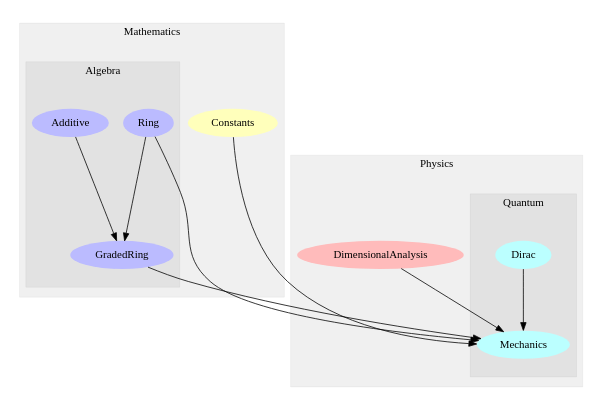
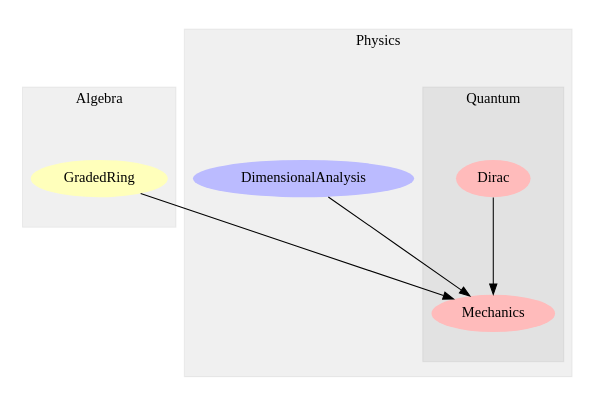
The diagram in Modules.dot (wi11dey/Physikell), drawn with Graphviz before and after one commit. The commit also changed 1 other file, not shown here.

```diff
--- a/Modules.dot
+++ b/Modules.dot
@@ -1,59 +1,38 @@
 digraph G {
     graph [size="6,4"];
     graph [ratio=fill];
     subgraph cluster_0 {
-        graph [label=Mathematics];
+        graph [label=Algebra];
         graph [color="#0000000f"];
         graph [style=filled];
-        u3 [label=Constants
+        u0 [label=GradedRing
            ,style=filled
            ,fillcolor="#ffffbb"
            ,penwidth=0];
-        subgraph cluster_1 {
-            graph [label=Algebra];
+    }
+    subgraph cluster_1 {
+        graph [label=Physics];
+        graph [color="#0000000f"];
+        graph [style=filled];
+        u1 [label=DimensionalAnalysis
+           ,style=filled
+           ,fillcolor="#bbbbff"
+           ,penwidth=0];
+        subgraph cluster_2 {
+            graph [label=Quantum];
             graph [color="#0000000f"];
             graph [style=filled];
-            u0 [label=Additive
+            u2 [label=Dirac
                ,style=filled
-               ,fillcolor="#bbbbff"
+               ,fillcolor="#ffbbbb"
                ,penwidth=0];
-            u1 [label=Ring
+            u3 [label=Mechanics
                ,style=filled
-               ,fillcolor="#bbbbff"
-               ,penwidth=0];
-            u2 [label=GradedRing
-               ,style=filled
-               ,fillcolor="#bbbbff"
+               ,fillcolor="#ffbbbb"
                ,penwidth=0];
         }
     }
-    subgraph cluster_2 {
-        graph [label=Physics];
-        graph [color="#0000000f"];
-        graph [style=filled];
-        u4 [label=DimensionalAnalysis
-           ,style=filled
-           ,fillcolor="#ffbbbb"
-           ,penwidth=0];
-        subgraph cluster_3 {
-            graph [label=Quantum];
-            graph [color="#0000000f"];
-            graph [style=filled];
-            u5 [label=Dirac
-               ,style=filled
-               ,fillcolor="#bbffff"
-               ,penwidth=0];
-            u6 [label=Mechanics
-               ,style=filled
-               ,fillcolor="#bbffff"
-               ,penwidth=0];
-        }
-    }
-    u0 -> u2;
-    u1 -> u2;
-    u1 -> u6;
-    u2 -> u6;
-    u3 -> u6;
-    u4 -> u6;
-    u5 -> u6;
+    u0 -> u3;
+    u1 -> u3;
+    u2 -> u3;
 }
```
